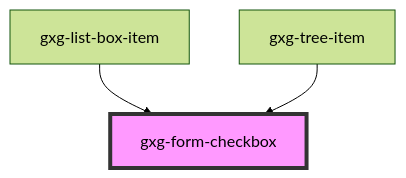
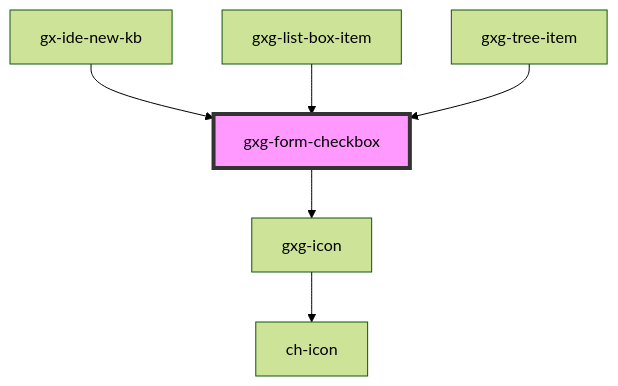
Before and after one commit to genexuslabs/gemini: the diagram in src/components/form-checkbox/readme.md, drawn with Mermaid (forest theme). The commit also changed other lines of this file and 45 other files, not shown here.

````diff
--- a/src/components/form-checkbox/readme.md
+++ b/src/components/form-checkbox/readme.md
@@ -42,6 +48,9 @@
 ```mermaid
 graph TD;
+  gxg-form-checkbox --> gxg-icon
+  gxg-icon --> ch-icon
+  gx-ide-new-kb --> gxg-form-checkbox
   gxg-list-box-item --> gxg-form-checkbox
   gxg-tree-item --> gxg-form-checkbox
   style gxg-form-checkbox fill:#f9f,stroke:#333,stroke-width:4px
 ```
````
